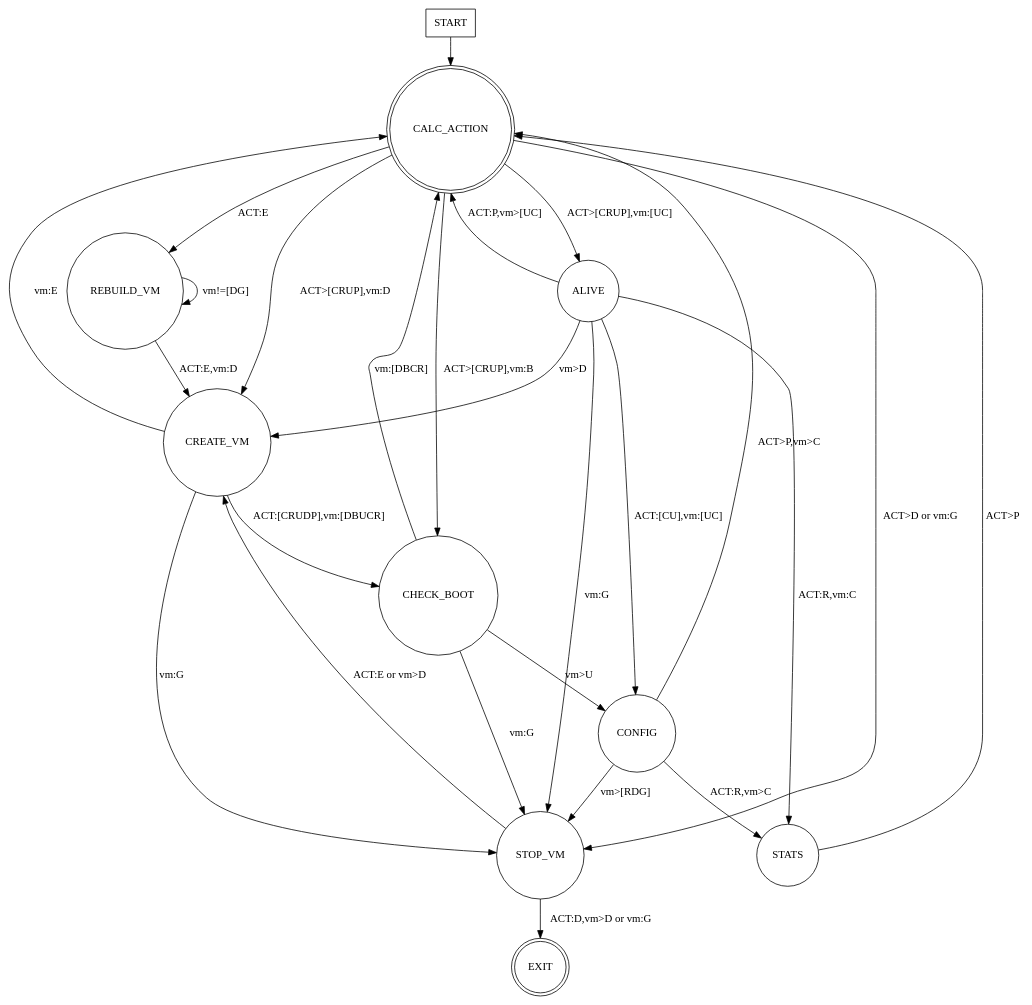
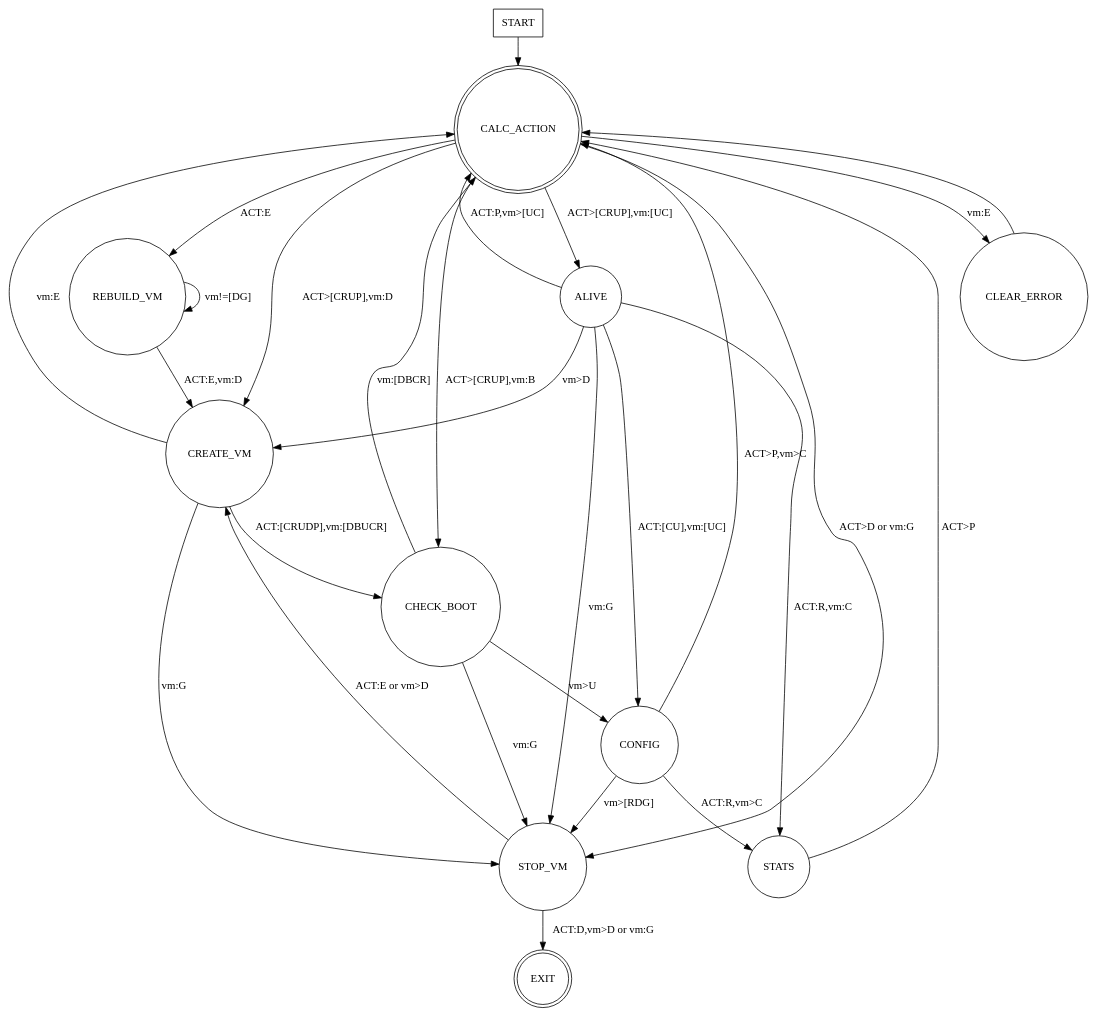
The diagram in doc/source/state_machine.dot (openstack-archive/astara), drawn with Graphviz before and after one commit. The commit also changed 2 other files, not shown here.

Commit message:
Add a ClearError state
Add a ClearError state to remove the error flag from the VM before doing
anything else with it. Add the new state transition to CalcAction. We
are still protected from boot loops triggered by poll operations because
those are never processed for a router in an error state, but any update
operations or direct commands will be.

```diff
--- a/doc/source/state_machine.dot
+++ b/doc/source/state_machine.dot
@@ -1,49 +1,52 @@
 digraph rug {
   // rankdir=LR;
 
   node [shape = rectangle];
   START;
 
   // These nodes enter and exit the state machine.
 
   node [shape = doublecircle];
   EXIT;
   CALC_ACTION;
 
   node [shape = circle];
 
   START -> CALC_ACTION;
 
   CALC_ACTION -> ALIVE [ label = "ACT>[CRUP],vm:[UC]" ];
   CALC_ACTION -> CREATE_VM [ label = "ACT>[CRUP],vm:D" ];
   CALC_ACTION -> CHECK_BOOT [ label = "ACT>[CRUP],vm:B" ];
   CALC_ACTION -> REBUILD_VM [ label = "ACT:E" ];
   CALC_ACTION -> STOP_VM [ label = "ACT>D or vm:G" ];
+  CALC_ACTION -> CLEAR_ERROR [ label = "vm:E" ];
 
   ALIVE -> CREATE_VM [ label = "vm>D" ];
   ALIVE -> CONFIG [ label = "ACT:[CU],vm:[UC]" ];
   ALIVE -> STATS [ label = "ACT:R,vm:C" ];
   ALIVE -> CALC_ACTION [ label = "ACT:P,vm>[UC]" ];
   ALIVE -> STOP_VM [ label = "vm:G" ];
 
   CREATE_VM -> CHECK_BOOT [ label = "ACT:[CRUDP],vm:[DBUCR]" ];
   CREATE_VM -> STOP_VM [ label = "vm:G" ];
   CREATE_VM -> CALC_ACTION [ label = "vm:E" ];
 
   CHECK_BOOT -> CONFIG [ label = "vm>U" ];
   CHECK_BOOT -> CALC_ACTION [ label = "vm:[DBCR]" ];
   CHECK_BOOT -> STOP_VM [ label = "vm:G" ];
 
   CONFIG -> STATS [ label = "ACT:R,vm>C" ];
   CONFIG -> CALC_ACTION [ label = "ACT>P,vm>C" ];
   CONFIG -> STOP_VM [ label = "vm>[RDG]" ];
 
   STATS -> CALC_ACTION [ label = "ACT>P" ];
 
+  CLEAR_ERROR -> CALC_ACTION;
+
   REBUILD_VM -> REBUILD_VM [ label = "vm!=[DG]" ];
   REBUILD_VM -> CREATE_VM [ label = "ACT:E,vm:D" ];
 
   STOP_VM -> CREATE_VM [ label = "ACT:E or vm>D" ];
   STOP_VM -> EXIT [ label = "ACT:D,vm>D or vm:G" ];
 
 }
```
